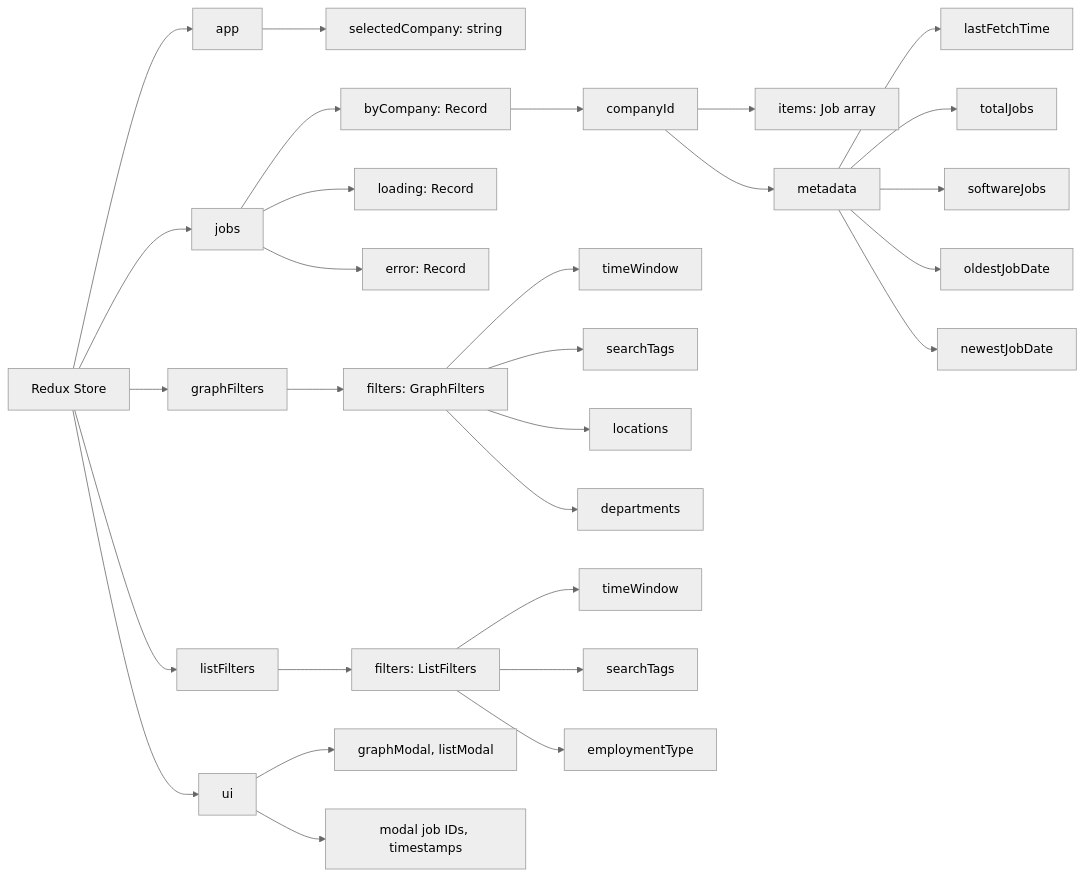
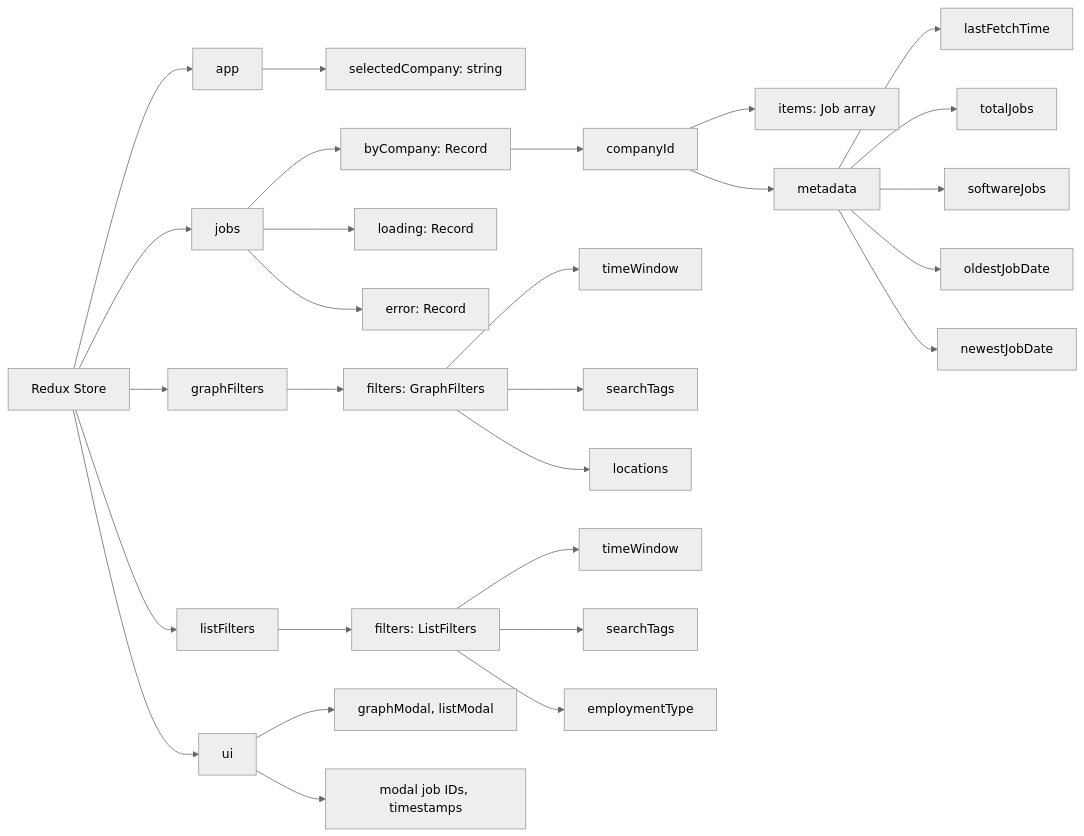
One commit to brendanpotter00/Job-Visualizer-Notifier changed the second of 8 diagrams in src/frontend/docs/architecture.md. Above: the diagram before and after it, drawn with Mermaid (neutral theme). The commit also changed other lines of this file and 147 other files, not shown here.

````diff
--- a/src/frontend/docs/architecture.md
+++ b/src/frontend/docs/architecture.md
@@ -93,40 +93,39 @@
 ```mermaid
 graph LR
     Store[Redux Store]
 
     Store --> App[app]
     Store --> Jobs[jobs]
     Store --> GraphFilters[graphFilters]
     Store --> ListFilters[listFilters]
     Store --> UI[ui]
 
     App --> SelectedCompany[selectedCompany: string]
 
     Jobs --> ByCompany[byCompany: Record]
     Jobs --> Loading[loading: Record]
     Jobs --> Error[error: Record]
 
     ByCompany --> CompanyData[companyId]
     CompanyData --> Items[items: Job array]
     CompanyData --> Metadata[metadata]
 
     Metadata --> LastFetch[lastFetchTime]
     Metadata --> TotalJobs[totalJobs]
     Metadata --> SoftwareJobs[softwareJobs]
     Metadata --> OldestJob[oldestJobDate]
     Metadata --> NewestJob[newestJobDate]
 
     GraphFilters --> GFilters[filters: GraphFilters]
     GFilters --> GTimeWindow[timeWindow]
     GFilters --> GSearchTags[searchTags]
     GFilters --> GLocations[locations]
-    GFilters --> GDepartments[departments]
 
     ListFilters --> LFilters[filters: ListFilters]
     LFilters --> LTimeWindow[timeWindow]
     LFilters --> LSearchTags[searchTags]
     LFilters --> LEmploymentType[employmentType]
 
     UI --> Modals[graphModal, listModal]
     UI --> ModalData[modal job IDs, timestamps]
 ```
````
